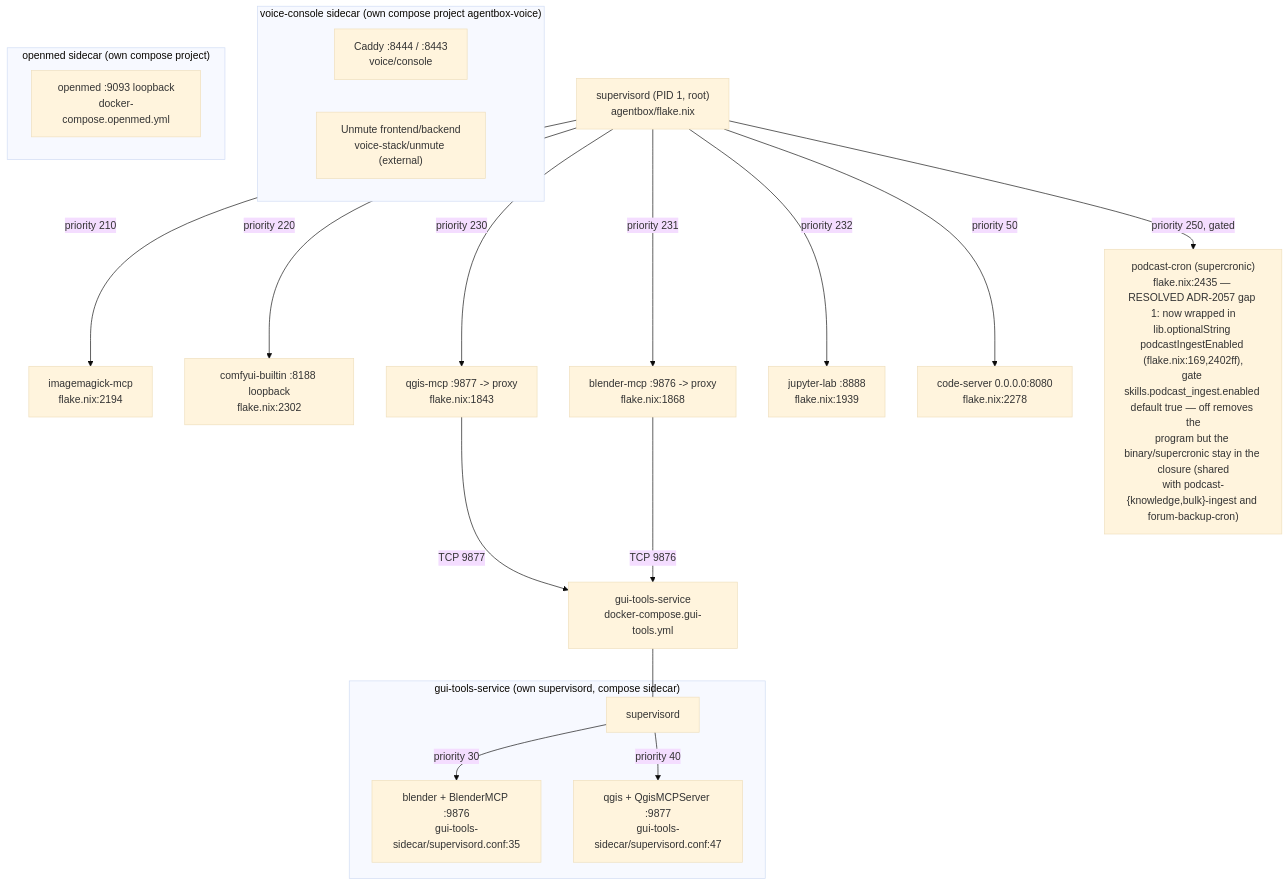
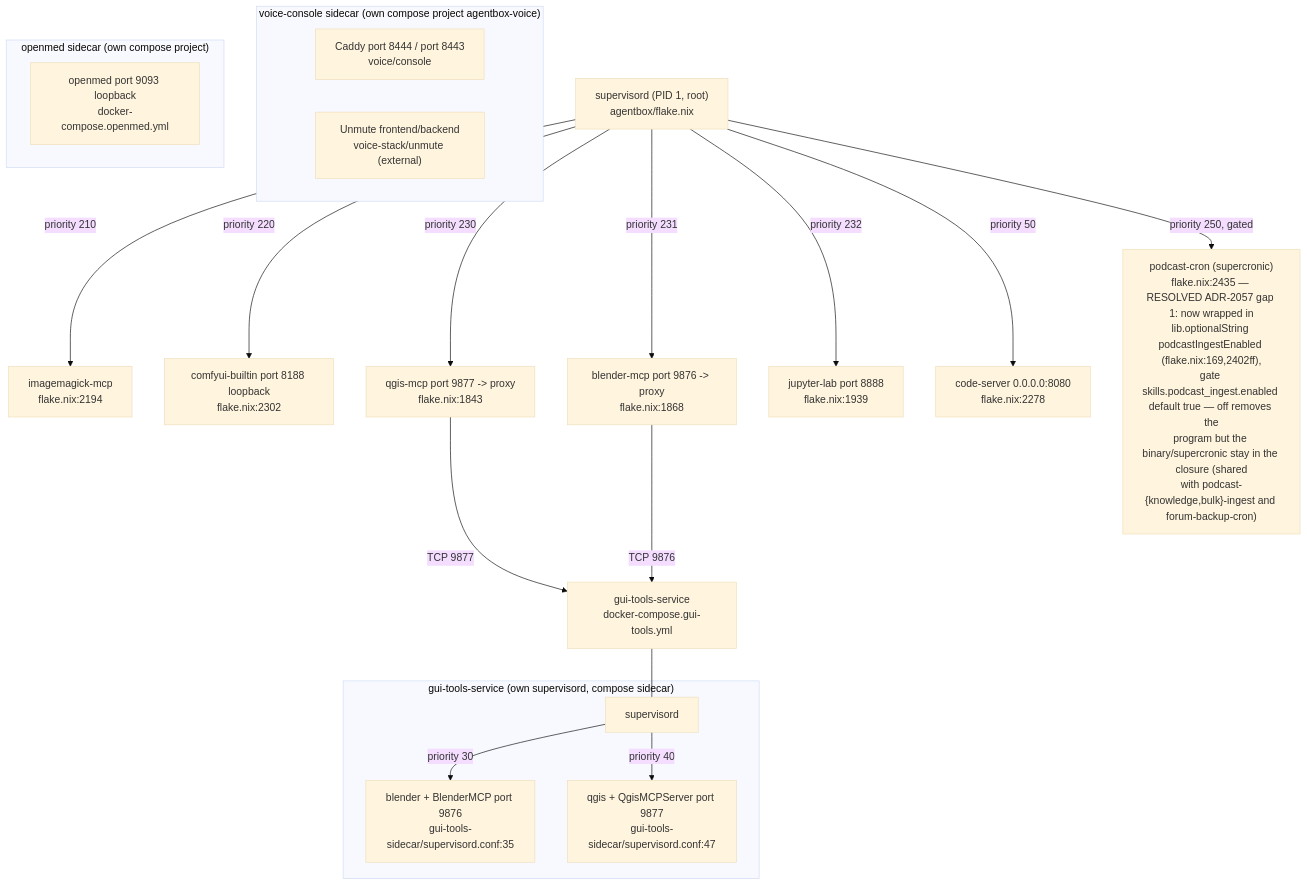
Before and after one commit to DreamLab-AI/VisionFlow: the tenth of 13 diagrams in docs/diagrams/agentbox/27-media-gpu-capability-services.md, drawn with Mermaid (base theme). The commit also changed other lines of this file and 52 other files, not shown here.

First line of the commit message:
docs(diagrams): wave 3 checkpoint — bare line refs resolved, revision-pinned cite-check, VC-05/AB-01..13 re-attested

````diff
--- a/docs/diagrams/agentbox/27-media-gpu-capability-services.md
+++ b/docs/diagrams/agentbox/27-media-gpu-capability-services.md
@@ -312,30 +312,30 @@
 ```mermaid
 flowchart TB
     SUP["supervisord (PID 1, root)<br/>agentbox/flake.nix"]
     SUP -->|priority 210| IM["imagemagick-mcp<br/>flake.nix:2194"]
-    SUP -->|priority 220| CB["comfyui-builtin :8188 loopback<br/>flake.nix:2302"]
-    SUP -->|priority 230| QM["qgis-mcp :9877 -> proxy<br/>flake.nix:1843"]
-    SUP -->|priority 231| BM["blender-mcp :9876 -> proxy<br/>flake.nix:1868"]
-    SUP -->|priority 232| JL["jupyter-lab :8888<br/>flake.nix:1939"]
+    SUP -->|priority 220| CB["comfyui-builtin port 8188 loopback<br/>flake.nix:2302"]
+    SUP -->|priority 230| QM["qgis-mcp port 9877 -> proxy<br/>flake.nix:1843"]
+    SUP -->|priority 231| BM["blender-mcp port 9876 -> proxy<br/>flake.nix:1868"]
+    SUP -->|priority 232| JL["jupyter-lab port 8888<br/>flake.nix:1939"]
     SUP -->|priority 50| CS["code-server 0.0.0.0:8080<br/>flake.nix:2278"]
     SUP -->|priority 250, gated| PC["podcast-cron (supercronic)<br/>flake.nix:2435 — RESOLVED ADR-2057 gap 1: now wrapped in<br/>lib.optionalString podcastIngestEnabled (flake.nix:169,2402ff),<br/>gate skills.podcast_ingest.enabled default true — off removes the<br/>program but the binary/supercronic stay in the closure (shared<br/>with podcast-{knowledge,bulk}-ingest and forum-backup-cron)"]
 
     QM -->|TCP 9877| GTS["gui-tools-service<br/>docker-compose.gui-tools.yml"]
     BM -->|TCP 9876| GTS
 
     subgraph sidecar["gui-tools-service (own supervisord, compose sidecar)"]
         GSUP["supervisord"]
-        GSUP -->|priority 30| GB["blender + BlenderMCP :9876<br/>gui-tools-sidecar/supervisord.conf:35"]
-        GSUP -->|priority 40| GQ["qgis + QgisMCPServer :9877<br/>gui-tools-sidecar/supervisord.conf:47"]
+        GSUP -->|priority 30| GB["blender + BlenderMCP port 9876<br/>gui-tools-sidecar/supervisord.conf:35"]
+        GSUP -->|priority 40| GQ["qgis + QgisMCPServer port 9877<br/>gui-tools-sidecar/supervisord.conf:47"]
     end
     GTS --- GSUP
 
     subgraph voicesc["voice-console sidecar (own compose project agentbox-voice)"]
-        CADDY["Caddy :8444 / :8443<br/>voice/console"]
+        CADDY["Caddy port 8444 / port 8443<br/>voice/console"]
         UNMUTE["Unmute frontend/backend<br/>voice-stack/unmute (external)"]
     end
 
     subgraph openmedsc["openmed sidecar (own compose project)"]
-        OM["openmed :9093 loopback<br/>docker-compose.openmed.yml"]
+        OM["openmed port 9093 loopback<br/>docker-compose.openmed.yml"]
     end
 ```
````
